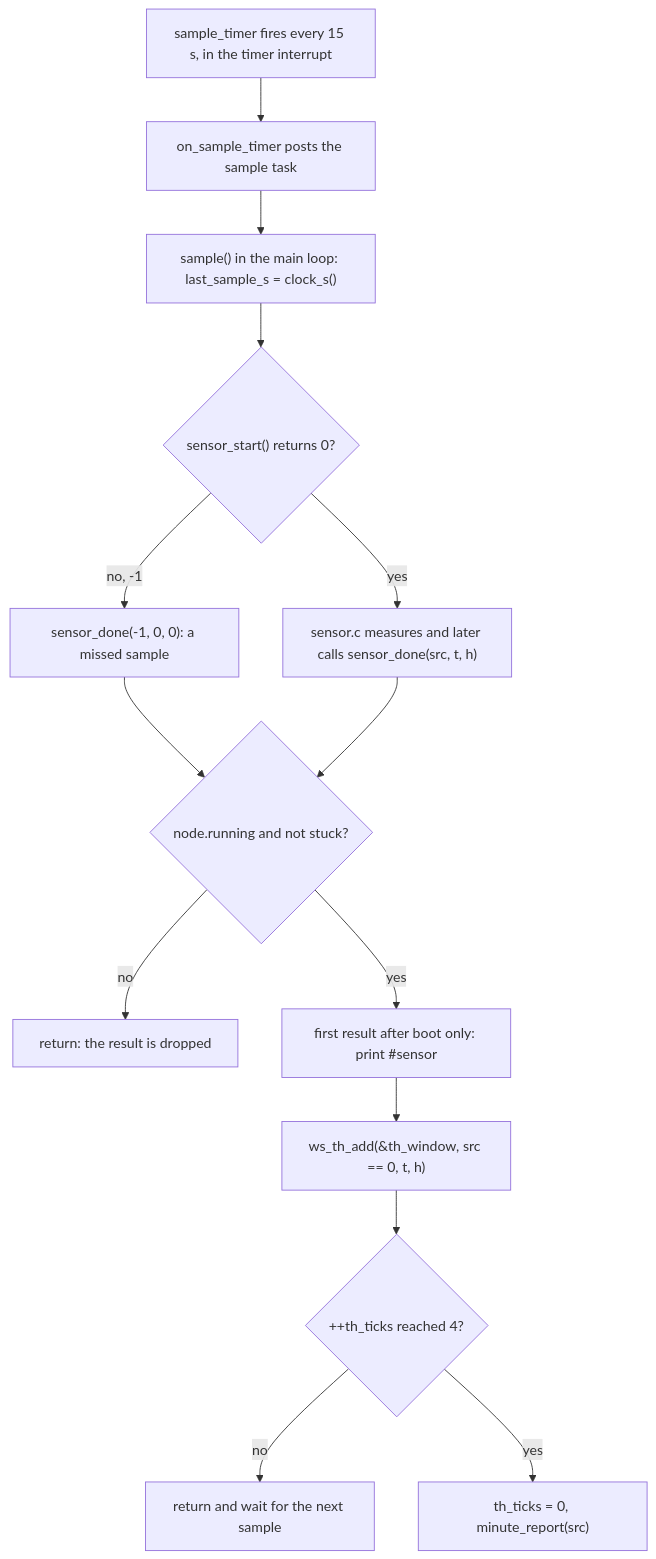
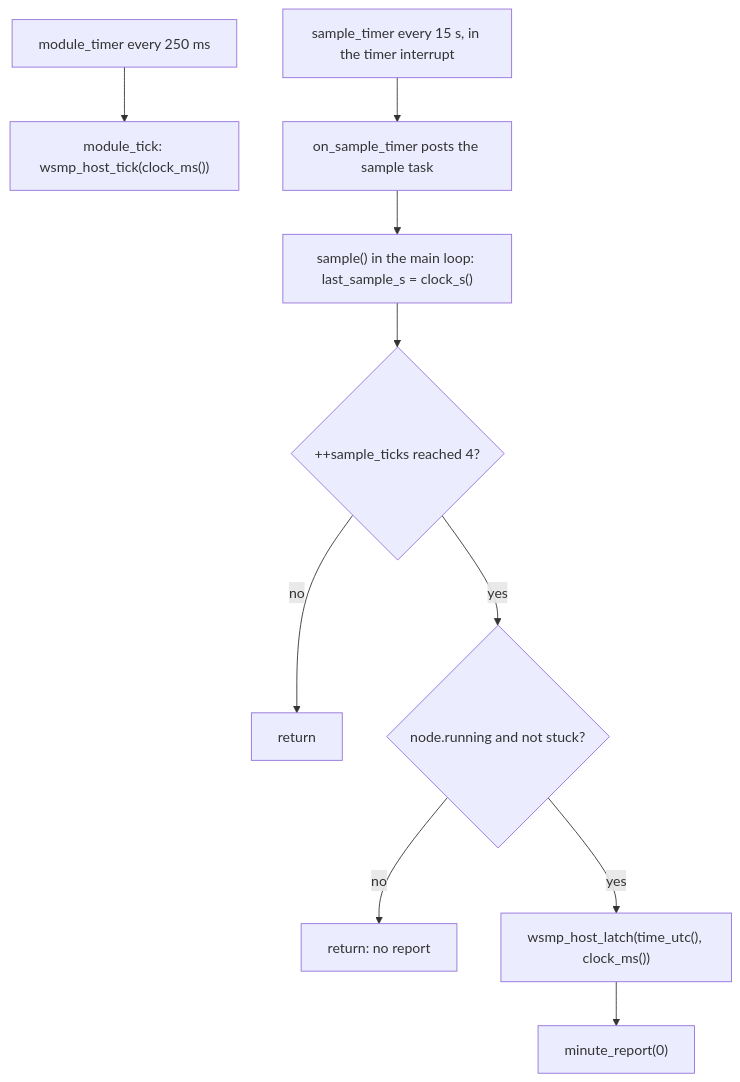
The second of 4 diagrams in firmware/stage0-node/App/app_tx.lit.md (clintecker/weather-station-2026), drawn with Mermaid before and after one commit. The commit also changed other lines of this file and 32 other files, not shown here.

````diff
--- a/firmware/stage0-node/App/app_tx.lit.md
+++ b/firmware/stage0-node/App/app_tx.lit.md
@@ -201,16 +207,12 @@
 ```mermaid
 flowchart TD
-  T["sample_timer fires every 15 s, in the timer interrupt"] --> P["on_sample_timer posts the sample task"]
+  M["module_timer every 250 ms"] --> MT["module_tick: wsmp_host_tick(clock_ms())"]
+  T["sample_timer every 15 s, in the timer interrupt"] --> P["on_sample_timer posts the sample task"]
   P --> S["sample() in the main loop: last_sample_s = clock_s()"]
-  S --> SS{"sensor_start() returns 0?"}
-  SS -- "no, -1" --> MISS["sensor_done(-1, 0, 0): a missed sample"]
-  SS -- yes --> MEAS["sensor.c measures and later calls sensor_done(src, t, h)"]
-  MISS --> D{"node.running and not stuck?"}
-  MEAS --> D
-  D -- no --> DROP["return: the result is dropped"]
-  D -- yes --> F["first result after boot only: print #sensor"]
-  F --> ADD["ws_th_add(&th_window, src == 0, t, h)"]
-  ADD --> N{"++th_ticks reached 4?"}
-  N -- no --> WAIT["return and wait for the next sample"]
-  N -- yes --> R["th_ticks = 0, minute_report(src)"]
+  S --> N{"++sample_ticks reached 4?"}
+  N -- no --> WAIT["return"]
+  N -- yes --> D{"node.running and not stuck?"}
+  D -- no --> DROP["return: no report"]
+  D -- yes --> L["wsmp_host_latch(time_utc(), clock_ms())"]
+  L --> R["minute_report(0)"]
 ```
````
